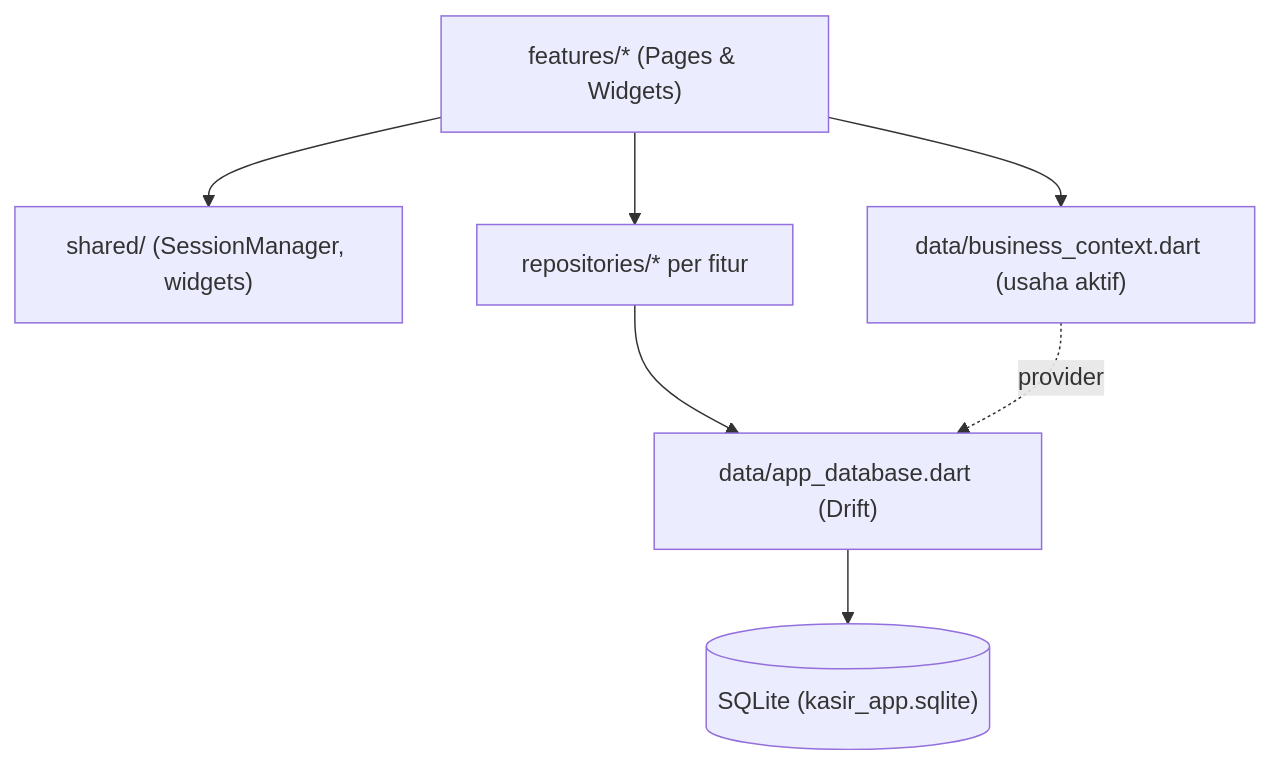
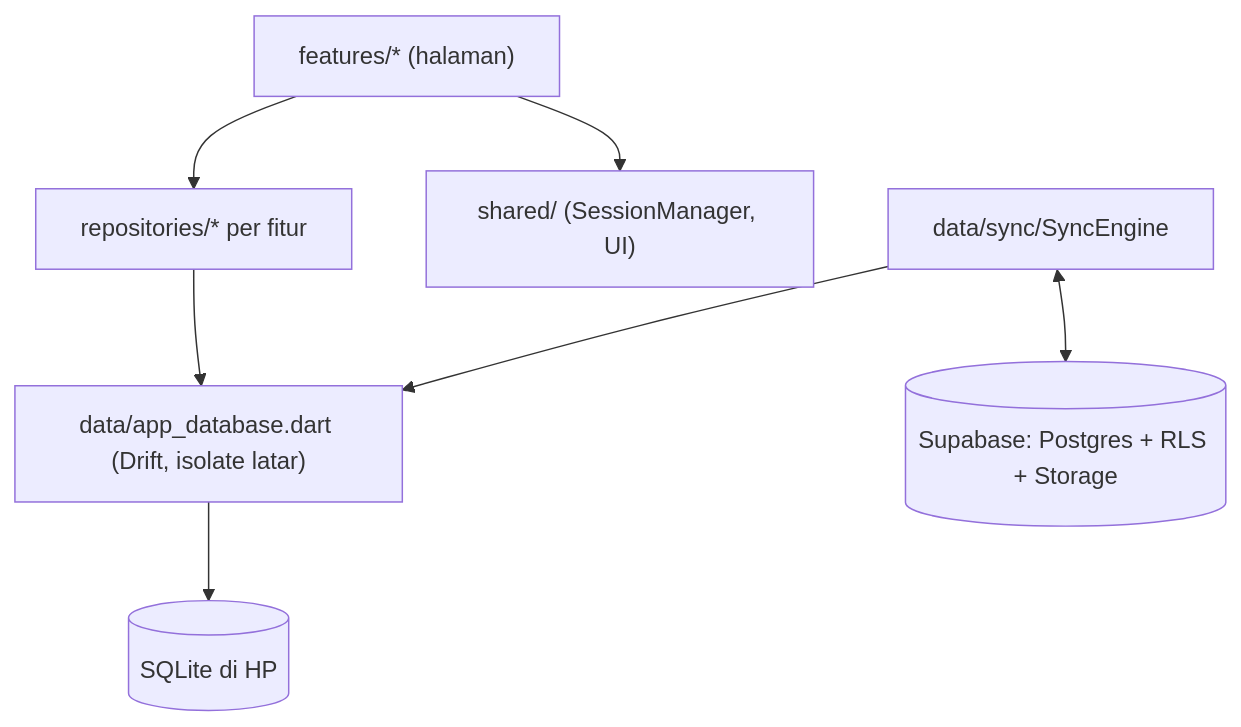
Before and after one commit to CessaChristian/kasir_app: the diagram in docs/architecture.md, drawn with Mermaid. The commit also changed other lines of this file and 7 other files, not shown here.

````diff
--- a/docs/architecture.md
+++ b/docs/architecture.md
@@ -215,9 +159,9 @@
 ```mermaid
 flowchart TD
-    UI["features/* (Pages & Widgets)"] --> S["shared/ (SessionManager, widgets)"]
-    UI --> R["repositories/* per fitur"]
-    R --> DB["data/app_database.dart (Drift)"]
-    UI --> BC["data/business_context.dart (usaha aktif)"]
-    BC -.provider.-> DB
-    DB --> SQLITE[("SQLite (kasir_app.sqlite)")]
+    UI["features/* (halaman)"] --> R["repositories/* per fitur"]
+    UI --> S["shared/ (SessionManager, UI)"]
+    R --> DB["data/app_database.dart (Drift, isolate latar)"]
+    DB --> SQLITE[("SQLite di HP")]
+    SYNC["data/sync/SyncEngine"] --> DB
+    SYNC <--> SB[("Supabase: Postgres + RLS + Storage")]
 ```
````
